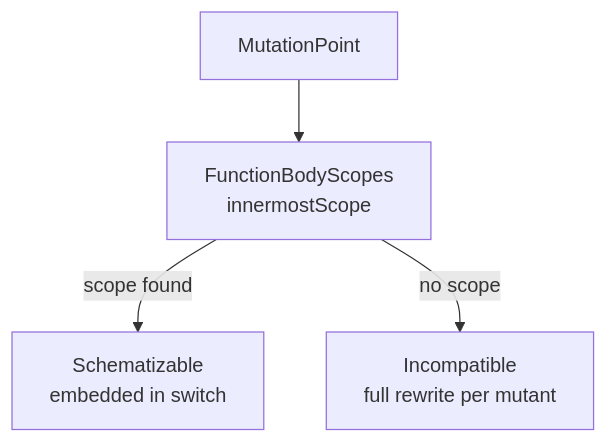
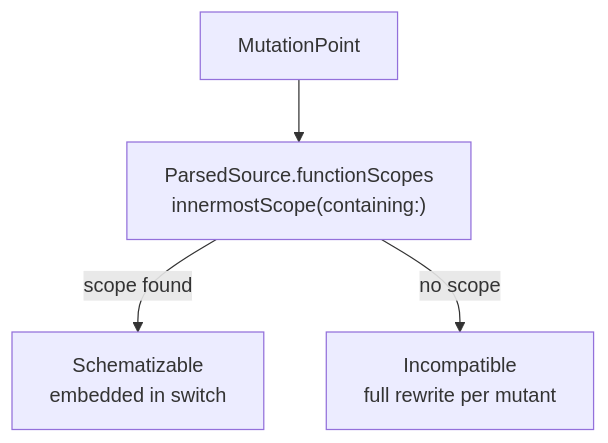
The first of 2 diagrams in Docs/Architecture/05-schematization.md (ericodx/swift-mutation-testing), drawn with Mermaid before and after one commit. The commit also changed other lines of this file and 6 other files, not shown here.

Commit message:
docs: rewrite the architecture pages around the current commands, layers, warm Xcode path and configuration keys

````diff
--- a/Docs/Architecture/05-schematization.md
+++ b/Docs/Architecture/05-schematization.md
@@ -15,6 +15,6 @@
 ```mermaid
 flowchart TD
-    MP[MutationPoint] --> TSV[FunctionBodyScopes\ninnermostScope]
+    MP[MutationPoint] --> TSV["ParsedSource.functionScopes\ninnermostScope(containing:)"]
     TSV -- scope found --> SCHEMA[Schematizable\nembedded in switch]
     TSV -- no scope --> INCOMPAT[Incompatible\nfull rewrite per mutant]
 ```
````
